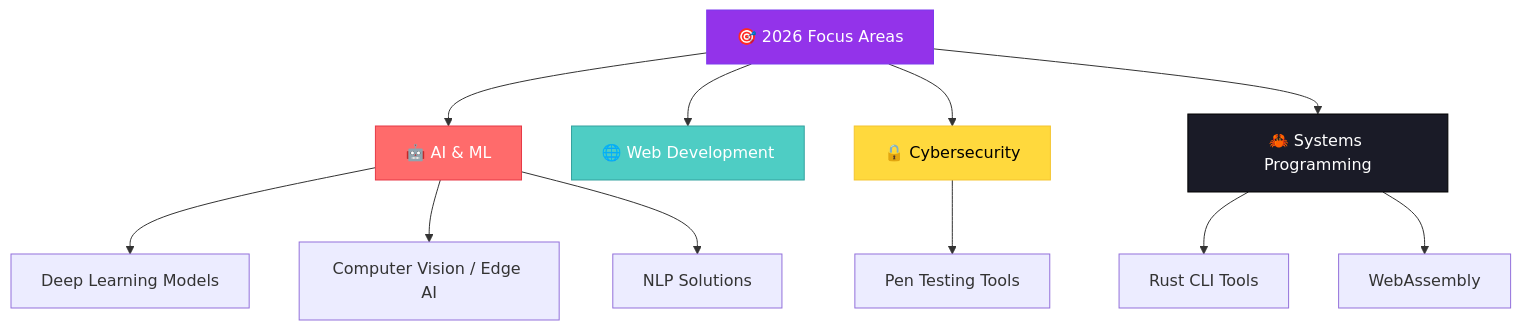
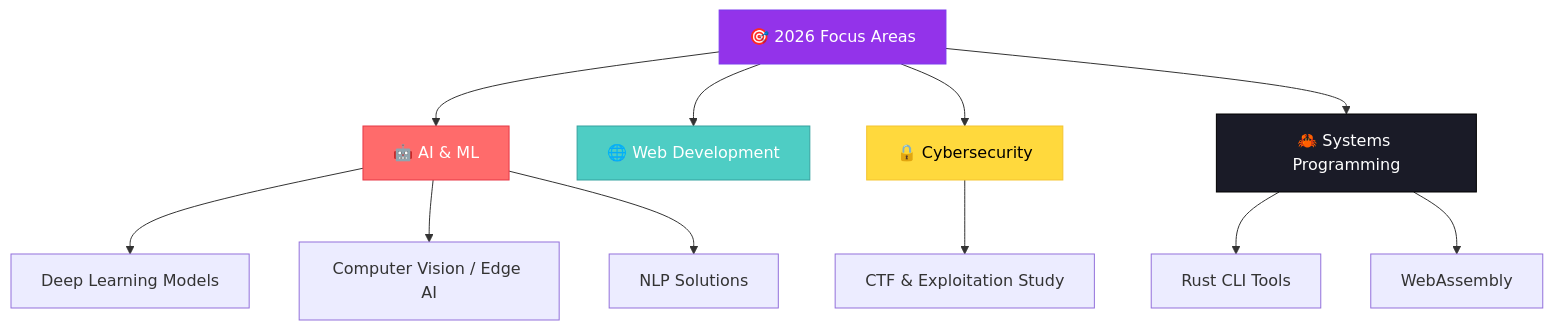
Before and after one commit to Ali-hey-0/Ali-hey-0: the diagram in README.md, drawn with Mermaid. The commit also changed other lines of this file, not shown here.

````diff
--- a/README.md
+++ b/README.md
@@ -239,22 +236,22 @@
 ```mermaid
 graph TB
     A[🎯 2026 Focus Areas] --> B[🤖 AI & ML]
     A --> C[🌐 Web Development]
     A --> D[🔒 Cybersecurity]
     A --> E[🦀 Systems Programming]
 
     B --> B1[Deep Learning Models]
     B --> B2[Computer Vision / Edge AI]
     B --> B3[NLP Solutions]
 
-    D --> D1[Pen Testing Tools]
+    D --> D1[CTF & Exploitation Study]
 
     E --> E1[Rust CLI Tools]
     E --> E2[WebAssembly]
 
     style A fill:#9333EA,stroke:#7C3AED,color:#fff
     style B fill:#FF6B6B,stroke:#E63946,color:#fff
     style C fill:#4ECDC4,stroke:#35A29F,color:#fff
     style D fill:#FFD93D,stroke:#F4C430,color:#000
     style E fill:#1A1B27,stroke:#000000,color:#fff
 ```
````
